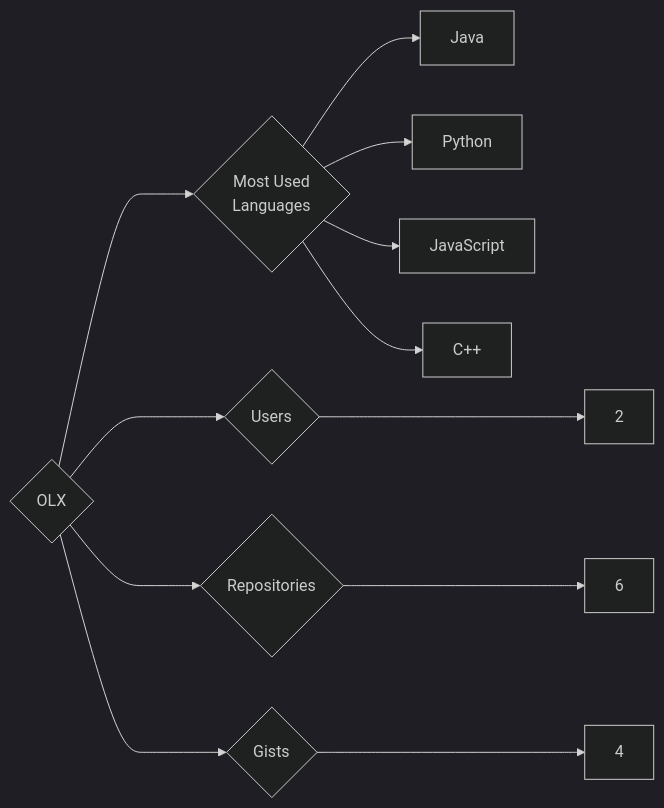
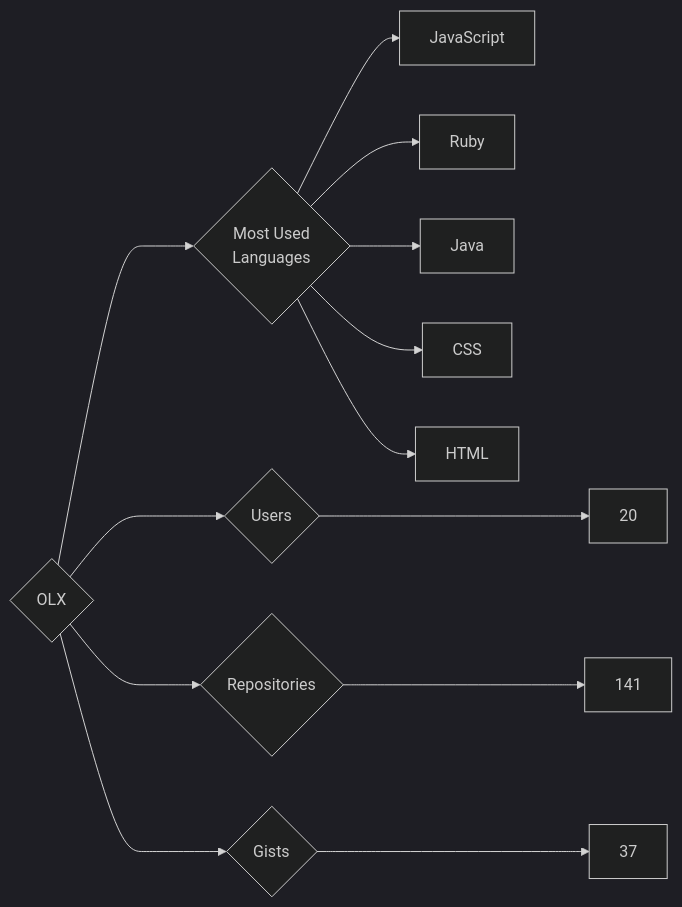
The diagram in targets/OLX/README.md (trickest/insiders), drawn with Mermaid (dark theme) before and after one commit. The commit also changed 940 other files, not shown here.

````diff
--- a/targets/OLX/README.md
+++ b/targets/OLX/README.md
@@ -3,12 +3,13 @@
 ```mermaid
 graph LR
 COMPANY_NAME{OLX}
-COMPANY_NAME ---> U{Users} ---> UN[2]
-COMPANY_NAME ---> R{Repositories} ---> RN[6]
-COMPANY_NAME ---> G{Gists} ---> GN[4]
+COMPANY_NAME ---> U{Users} ---> UN[20]
+COMPANY_NAME ---> R{Repositories} ---> RN[141]
+COMPANY_NAME ---> G{Gists} ---> GN[37]
 COMPANY_NAME ---> ML{Most Used<br>Languages}
+ML --> JavaScript[JavaScript]
+ML --> Ruby[Ruby]
 ML --> Java[Java]
-ML --> Python[Python]
-ML --> JavaScript[JavaScript]
-ML --> C++[C++]
+ML --> CSS[CSS]
+ML --> HTML[HTML]
 ```
````
